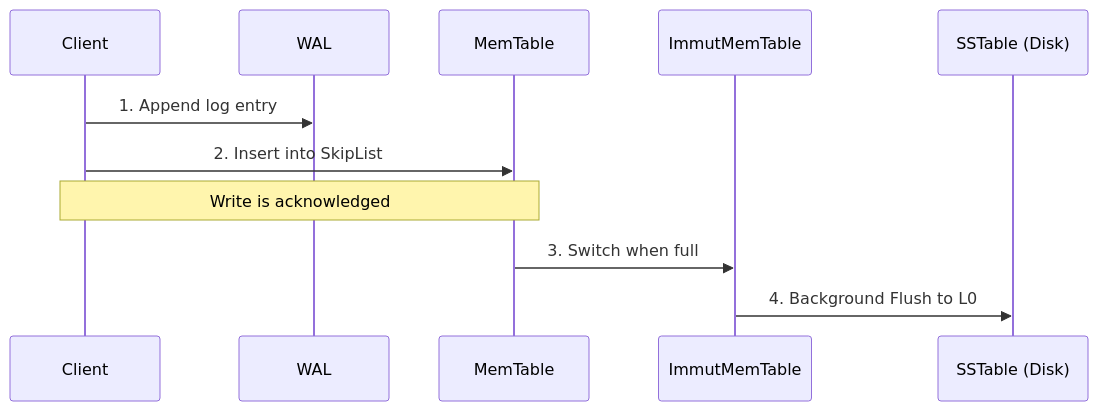
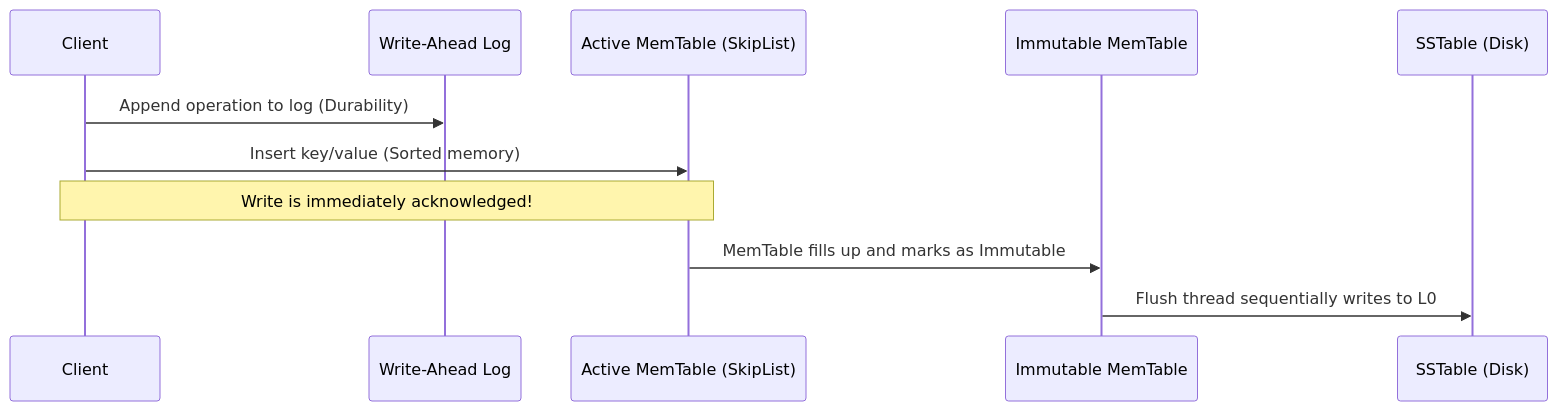
The second of 3 diagrams in README.md (KnightKnight27/scaler-Adv-DBMS), drawn with Mermaid before and after one commit. The commit also changed other lines of this file, not shown here.

````diff
--- a/README.md
+++ b/README.md
@@ -32,14 +40,14 @@
 ```mermaid
 sequenceDiagram
     participant Client
-    participant WAL
-    participant MemTable
-    participant ImmutMemTable
+    participant WAL as Write-Ahead Log
+    participant MemTable as Active MemTable (SkipList)
+    participant ImmutMemTable as Immutable MemTable
     participant Disk as SSTable (Disk)
     
-    Client->>WAL: 1. Append log entry
-    Client->>MemTable: 2. Insert into SkipList
-    Note over Client,MemTable: Write is acknowledged
-    MemTable->>ImmutMemTable: 3. Switch when full
-    ImmutMemTable->>Disk: 4. Background Flush to L0
+    Client->>WAL: Append operation to log (Durability)
+    Client->>MemTable: Insert key/value (Sorted memory)
+    Note over Client,MemTable: Write is immediately acknowledged!
+    MemTable->>ImmutMemTable: MemTable fills up and marks as Immutable
+    ImmutMemTable->>Disk: Flush thread sequentially writes to L0
 ```
````
